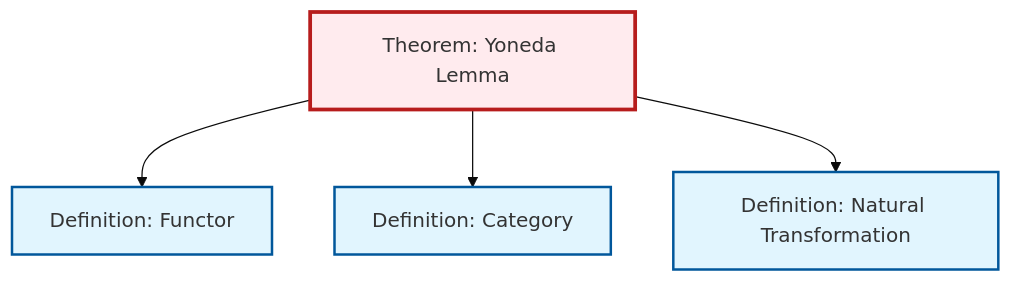
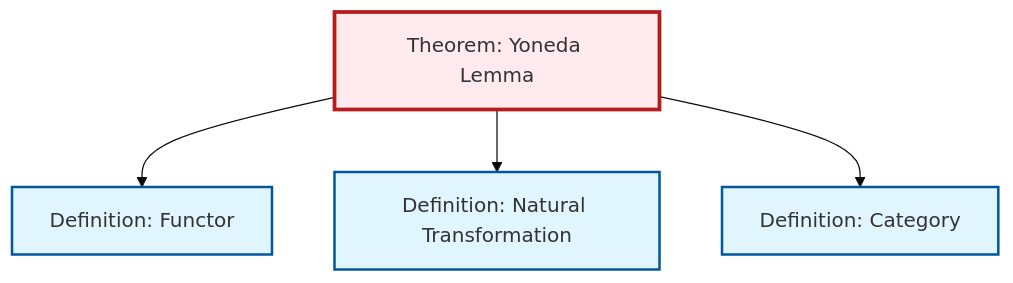
The diagram in content/ja/category-theory/thm-yoneda.qmd (RK0429/ModernMath), drawn with Mermaid (base theme) before and after one commit. The commit also changed other lines of this file and 531 other files, not shown here.

````diff
--- a/content/ja/category-theory/thm-yoneda.qmd
+++ b/content/ja/category-theory/thm-yoneda.qmd
@@ -96,20 +96,20 @@
 ```{mermaid}
 %%| fig-cap: "Local dependency graph"
 graph TD
     classDef definition fill:#e1f5fe,stroke:#01579b,stroke-width:2px
     classDef theorem fill:#f3e5f5,stroke:#4a148c,stroke-width:2px
     classDef axiom fill:#fff3e0,stroke:#e65100,stroke-width:2px
     classDef example fill:#e8f5e9,stroke:#1b5e20,stroke-width:2px
     classDef current fill:#ffebee,stroke:#b71c1c,stroke-width:3px
+    def-natural-transformation["Definition: Natural Transformation"]:::definition
+    def-category["Definition: Category"]:::definition
     def-functor["Definition: Functor"]:::definition
-    def-natural-transformation["Definition: Natural Transformation"]:::definition
     thm-yoneda["Theorem: Yoneda Lemma"]:::theorem
-    def-category["Definition: Category"]:::definition
     thm-yoneda --> def-functor
+    thm-yoneda --> def-natural-transformation
     thm-yoneda --> def-category
-    thm-yoneda --> def-natural-transformation
     class thm-yoneda current
-    click def-functor "def-functor.html" "Definition: Functorへ"
     click def-natural-transformation "def-natural-transformation.html" "Definition: Natural Transformationへ"
     click def-category "def-category.html" "Definition: Categoryへ"
+    click def-functor "def-functor.html" "Definition: Functorへ"
 ```
````
